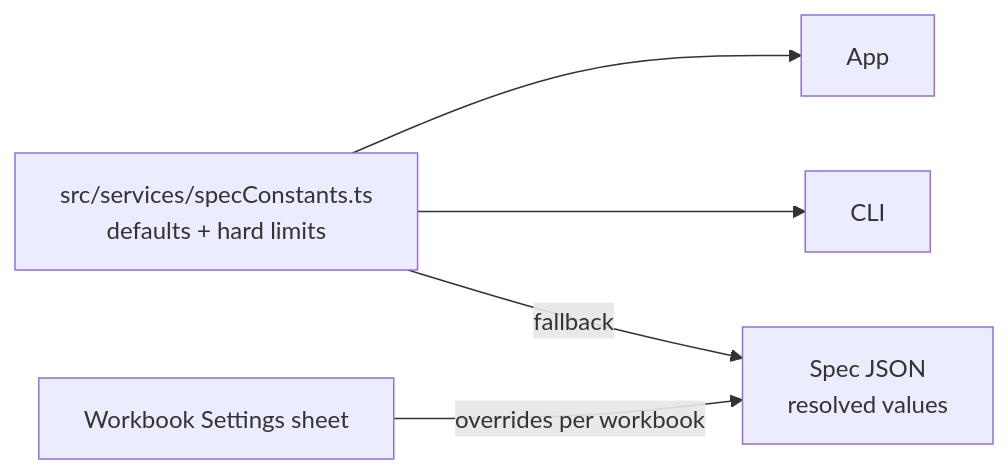
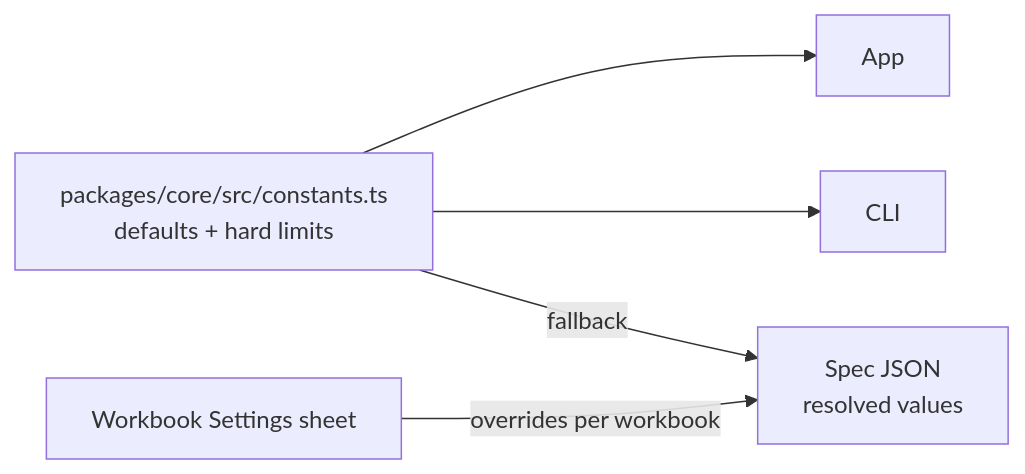
One commit to sid4861/pdf-testing-suite changed the diagram in records/0103_CONSTANTS.md. Above: the diagram before and after it, drawn with Mermaid. The commit also changed other lines of this file and 345 other files, not shown here.

````diff
--- a/records/0103_CONSTANTS.md
+++ b/records/0103_CONSTANTS.md
@@ -25,7 +25,7 @@
 ```mermaid
 flowchart LR
-  K["src/services/specConstants.ts<br/>defaults + hard limits"] --> A["App"]
+  K["packages/core/src/constants.ts<br/>defaults + hard limits"] --> A["App"]
   K --> C["CLI"]
   ST["Workbook Settings sheet"] -->|"overrides per workbook"| SJ["Spec JSON<br/>resolved values"]
   K -->|"fallback"| SJ
 ```
````
